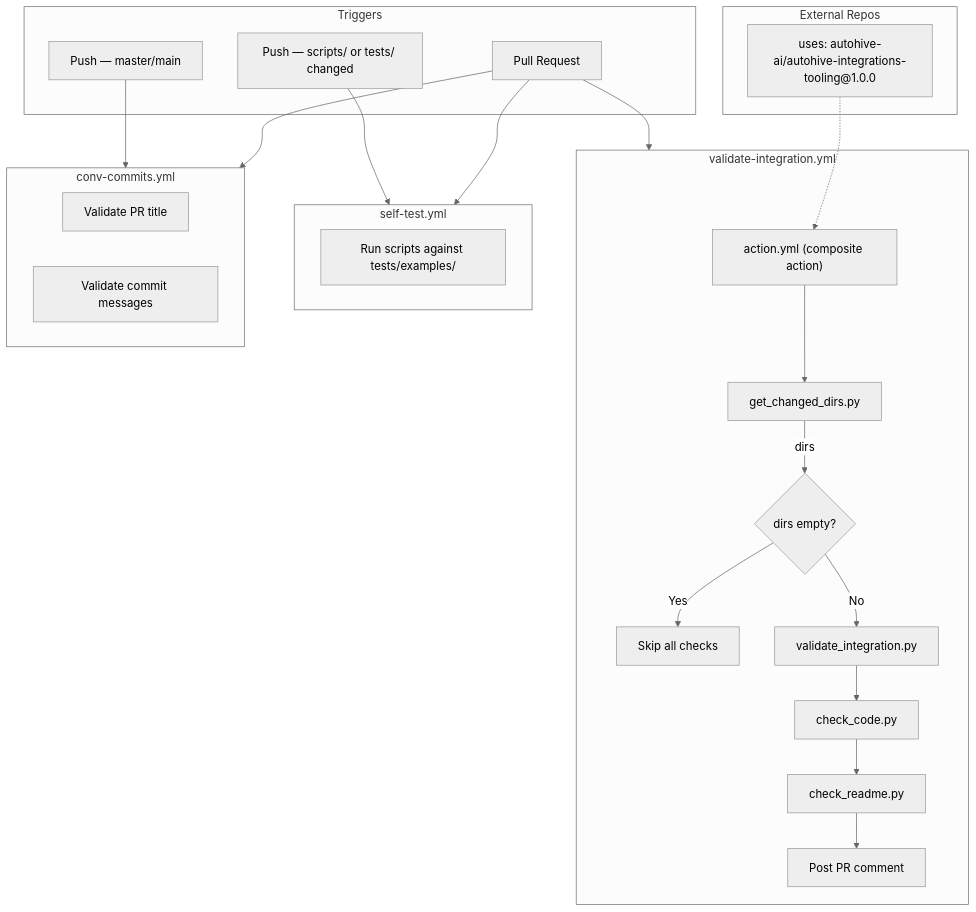
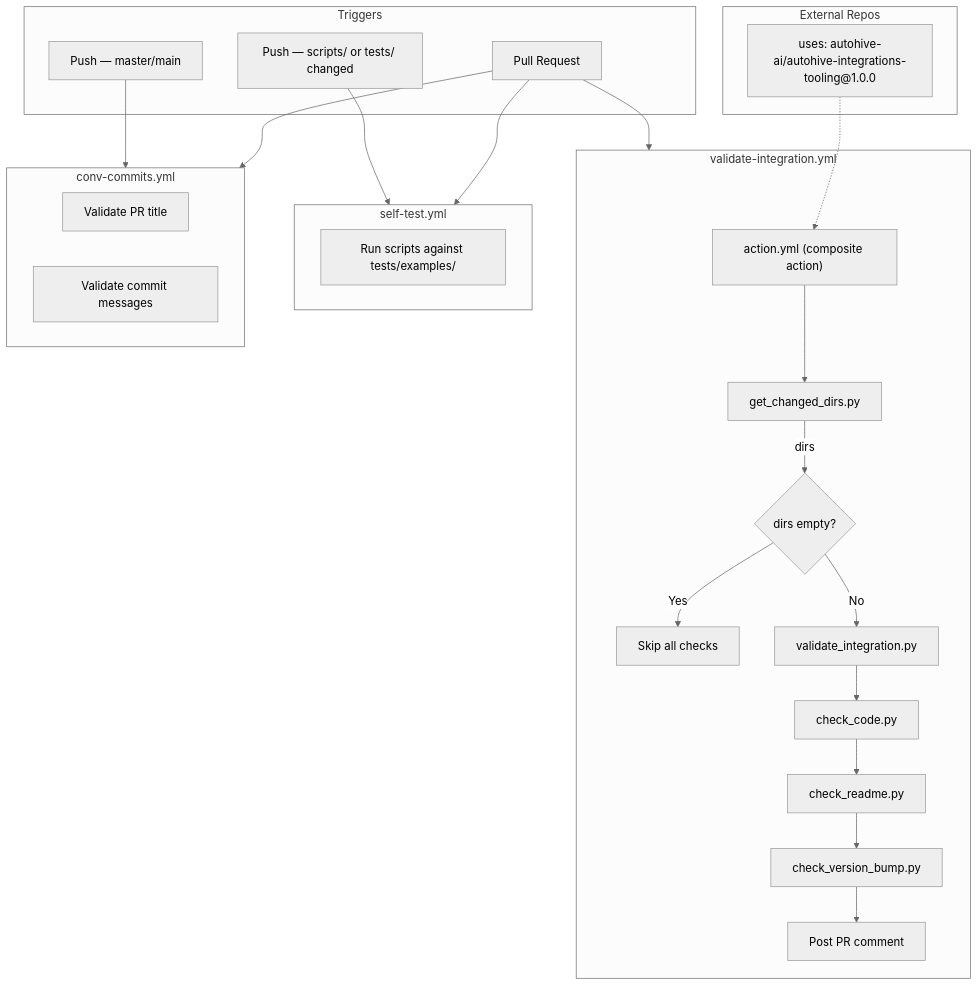
The diagram in README.md (Autohive-AI/autohive-integrations-tooling), drawn with Mermaid (neutral theme) before and after one commit. The commit also changed other lines of this file and 7 other files, not shown here.

Commit message:
feat: add version bump check with bump-level recommendations (#26)

````diff
--- a/README.md
+++ b/README.md
@@ -32,39 +33,40 @@
 ```mermaid
 flowchart TB
     subgraph triggers["Triggers"]
         PR["Pull Request"]
         PUSH_SCRIPTS["Push — scripts/ or tests/ changed"]
         PUSH_MAIN["Push — master/main"]
     end
 
     subgraph wf1["validate-integration.yml"]
         ACTION["action.yml (composite action)"]
         ACTION --> GCD[get_changed_dirs.py]
         GCD -->|dirs| COND{dirs empty?}
         COND -->|Yes| SKIP[Skip all checks]
         COND -->|No| VI[validate_integration.py]
         VI --> CC[check_code.py]
         CC --> CR[check_readme.py]
-        CR --> CMT_POST[Post PR comment]
+        CR --> VB[check_version_bump.py]
+        VB --> CMT_POST[Post PR comment]
     end
 
     subgraph wf2["self-test.yml"]
         ST[Run scripts against tests/examples/]
     end
 
     subgraph wf3["conv-commits.yml"]
         PRT[Validate PR title]
         CMT[Validate commit messages]
     end
 
     subgraph external["External Repos"]
         EXT["uses: autohive-ai/autohive-integrations-tooling@1.0.0"]
     end
 
     PR --> wf1
     PR --> wf2
     PR --> wf3
     PUSH_SCRIPTS --> wf2
     PUSH_MAIN --> wf3
     EXT -.-> ACTION
 ```
````
